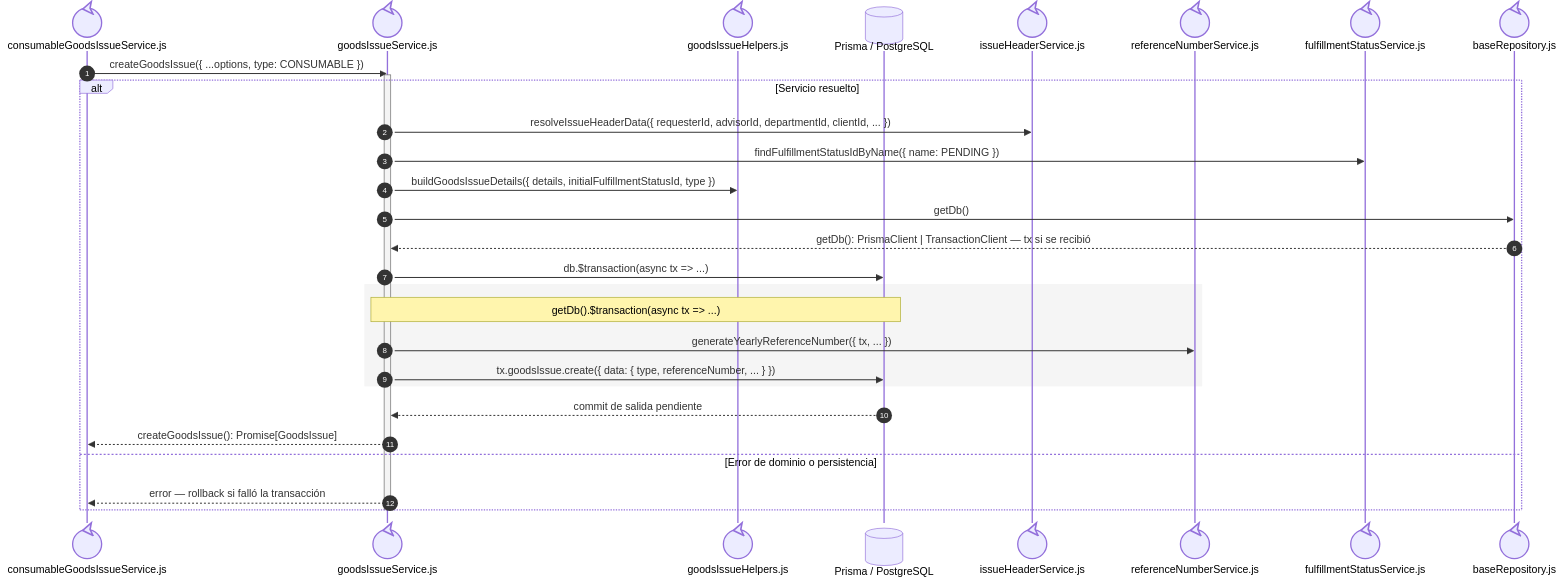
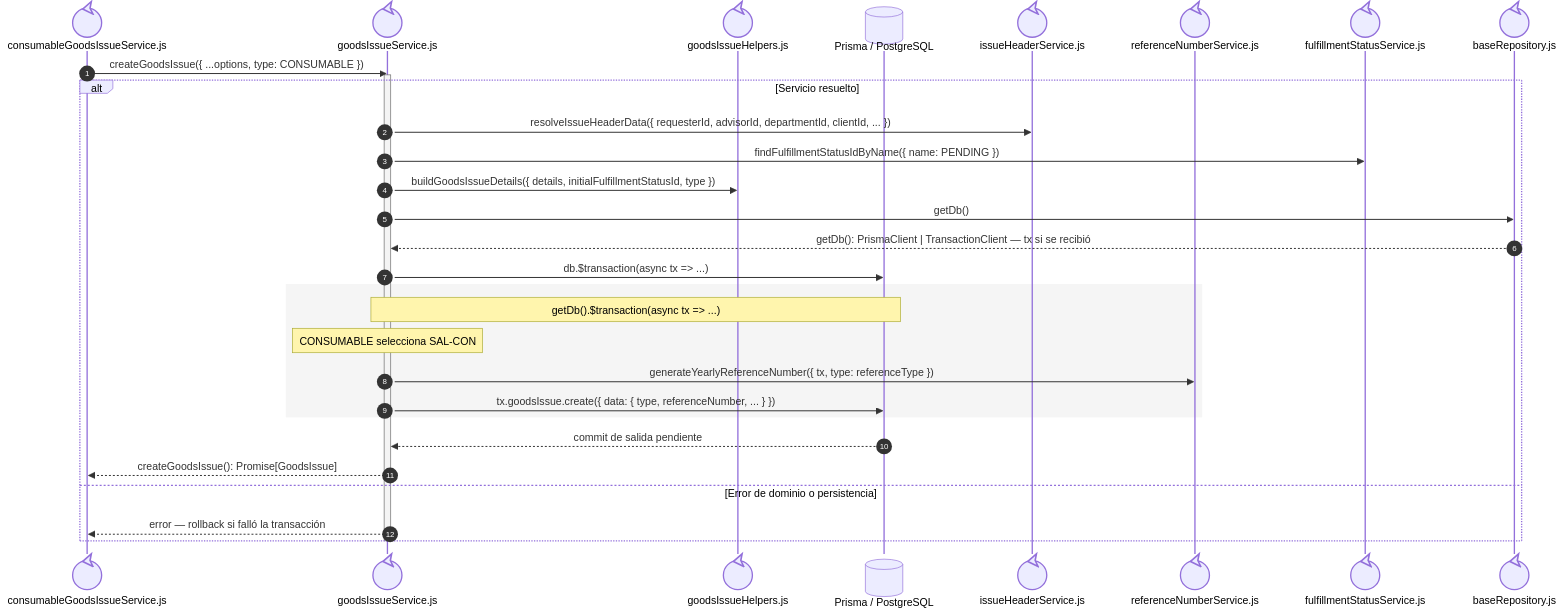
Before and after one commit to gpgsistemas01/nexus: the fourth of 4 diagrams in docs/architecture/views/processes/backend-code-sequences/issues/cu-sal-16.md, drawn with Mermaid. The commit also changed 14 other files, not shown here.

````diff
--- a/docs/architecture/views/processes/backend-code-sequences/issues/cu-sal-16.md
+++ b/docs/architecture/views/processes/backend-code-sequences/issues/cu-sal-16.md
@@ -158,34 +158,35 @@
 ```mermaid
 sequenceDiagram
     autonumber
     participant Facade@{ "type": "control" } as consumableGoodsIssueService.js
     participant Core@{ "type": "control" } as goodsIssueService.js
     participant Helpers@{ "type": "control" } as goodsIssueHelpers.js
     participant Prisma@{ "type": "database" } as Prisma / PostgreSQL
     participant Header@{ "type": "control" } as issueHeaderService.js
     participant Reference@{ "type": "control" } as referenceNumberService.js
     participant Fulfillment@{ "type": "control" } as fulfillmentStatusService.js
 
     participant FileBaseRepository@{ "type": "control" } as baseRepository.js
 
     Facade->>Core: createGoodsIssue({ ...options, type: CONSUMABLE })
     activate Core
     alt Servicio resuelto
         Core->>Header: resolveIssueHeaderData({ requesterId, advisorId, departmentId, clientId, ... })
         Core->>Fulfillment: findFulfillmentStatusIdByName({ name: PENDING })
         Core->>Helpers: buildGoodsIssueDetails({ details, initialFulfillmentStatusId, type })
         Core->>FileBaseRepository: getDb()
         FileBaseRepository-->>Core: getDb(): PrismaClient | TransactionClient — tx si se recibió
         Core->>Prisma: db.$transaction(async tx => ...)
         rect rgb(245, 245, 245)
             Note over Core,Prisma: getDb().$transaction(async tx => ...)
-            Core->>Reference: generateYearlyReferenceNumber({ tx, ... })
+            Note over Core: CONSUMABLE selecciona SAL-CON
+            Core->>Reference: generateYearlyReferenceNumber({ tx, type: referenceType })
             Core->>Prisma: tx.goodsIssue.create({ data: { type, referenceNumber, ... } })
         end
         Prisma-->>Core: commit de salida pendiente
         Core-->>Facade: createGoodsIssue(): Promise[GoodsIssue]
     else Error de dominio o persistencia
         Core-->>Facade: error — rollback si falló la transacción
     end
     deactivate Core
 ```
````
